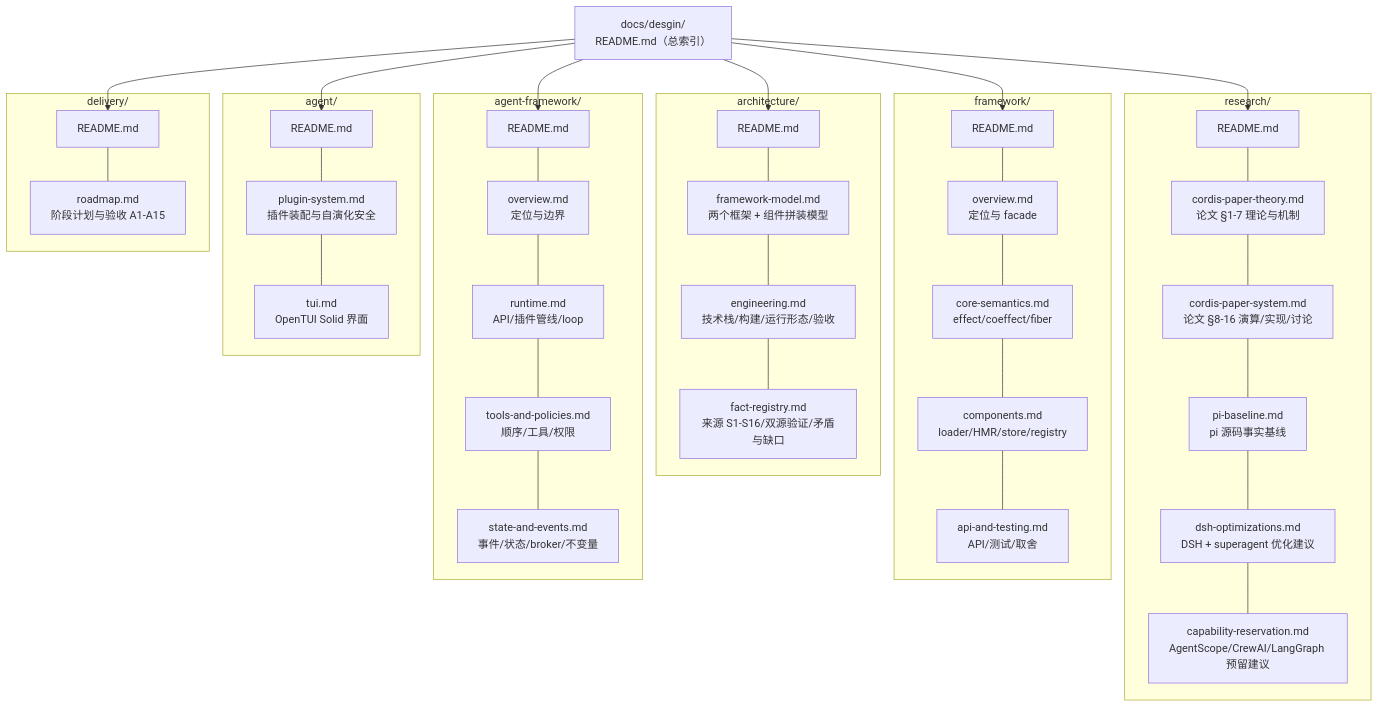
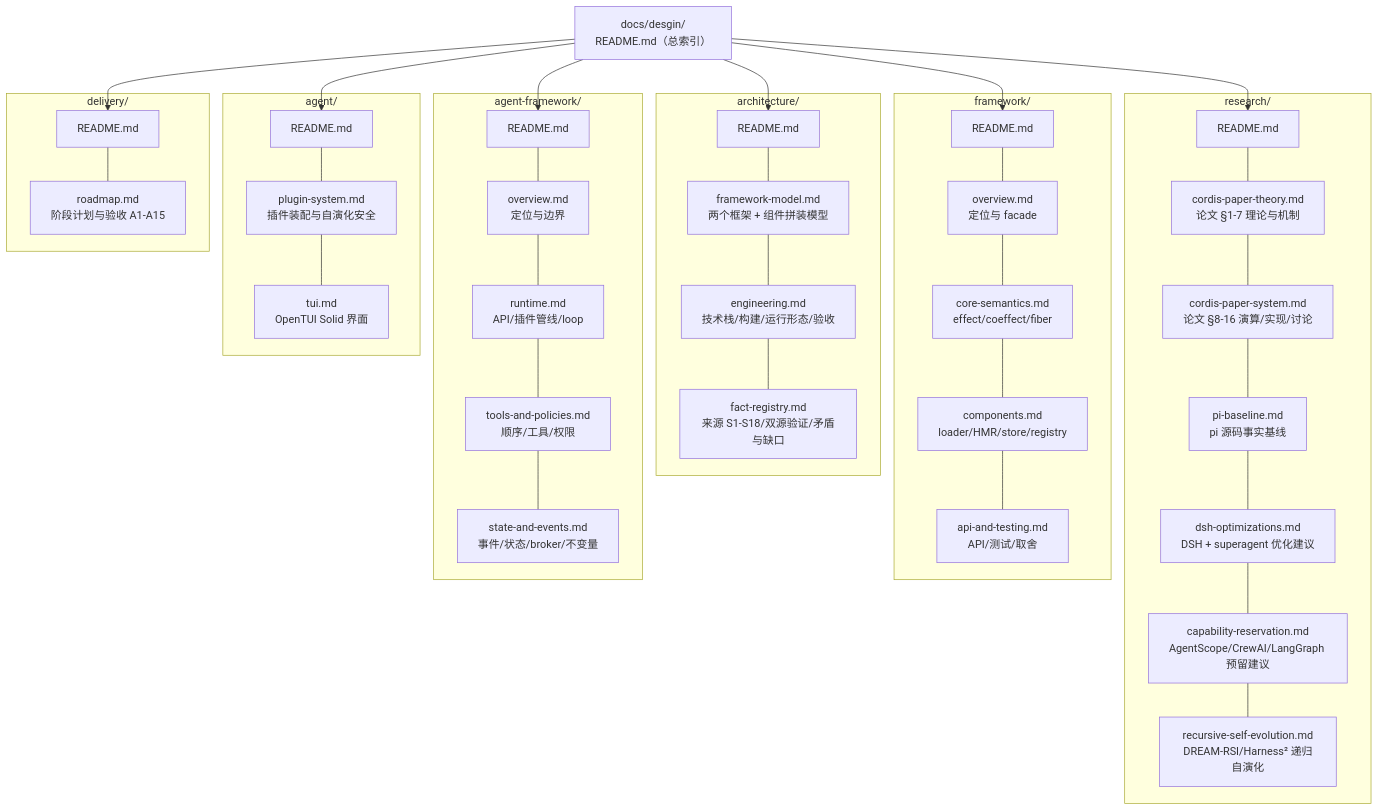
Before and after one commit to jesspig/zeta-agent: the first of 2 diagrams in docs/desgin/README.md, drawn with Mermaid. The commit also changed other lines of this file and 21 other files, not shown here.

First line of the commit message:
docs(design): normalize cross-refs and add self-evolution track

````diff
--- a/docs/desgin/README.md
+++ b/docs/desgin/README.md
@@ -19,36 +19,37 @@
 ```mermaid
 flowchart TB
     ROOT["docs/desgin/<br/>README.md（总索引）"]
     subgraph R["research/"]
         R0["README.md"] --- R1["cordis-paper-theory.md<br/>论文 §1-7 理论与机制"]
         R1 --- R2["cordis-paper-system.md<br/>论文 §8-16 演算/实现/讨论"]
         R2 --- R3["pi-baseline.md<br/>pi 源码事实基线"]
         R3 --- R4["dsh-optimizations.md<br/>DSH + superagent 优化建议"]
         R4 --- R5["capability-reservation.md<br/>AgentScope/CrewAI/LangGraph 预留建议"]
+        R5 --- R6["recursive-self-evolution.md<br/>DREAM-RSI/Harness² 递归自演化"]
     end
     subgraph A["architecture/"]
         A0["README.md"] --- A1["framework-model.md<br/>两个框架 + 组件拼装模型"]
         A1 --- A2["engineering.md<br/>技术栈/构建/运行形态/验收"]
-        A2 --- A3["fact-registry.md<br/>来源 S1-S16/双源验证/矛盾与缺口"]
+        A2 --- A3["fact-registry.md<br/>来源 S1-S18/双源验证/矛盾与缺口"]
     end
     subgraph F["framework/"]
         F0["README.md"] --- F1["overview.md<br/>定位与 facade"]
         F1 --- F2["core-semantics.md<br/>effect/coeffect/fiber"]
         F2 --- F3["components.md<br/>loader/HMR/store/registry"]
         F3 --- F4["api-and-testing.md<br/>API/测试/取舍"]
     end
     subgraph AF["agent-framework/"]
         AF0["README.md"] --- AF1["overview.md<br/>定位与边界"]
         AF1 --- AF2["runtime.md<br/>API/插件管线/loop"]
         AF2 --- AF3["tools-and-policies.md<br/>顺序/工具/权限"]
         AF3 --- AF4["state-and-events.md<br/>事件/状态/broker/不变量"]
     end
     subgraph AG["agent/"]
         AG0["README.md"] --- AG1["plugin-system.md<br/>插件装配与自演化安全"]
         AG1 --- AG2["tui.md<br/>OpenTUI Solid 界面"]
     end
     subgraph D["delivery/"]
         D0["README.md"] --- D1["roadmap.md<br/>阶段计划与验收 A1-A15"]
     end
     ROOT --> R0 & A0 & F0 & AF0 & AG0 & D0
 ```
````
